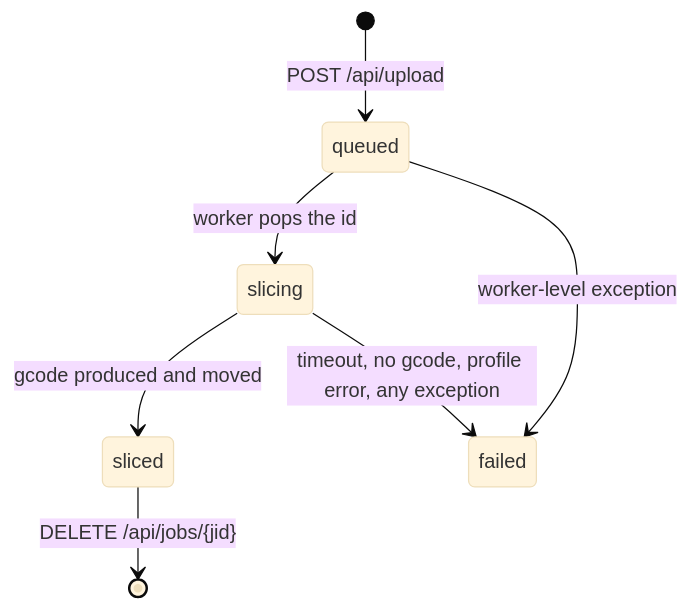
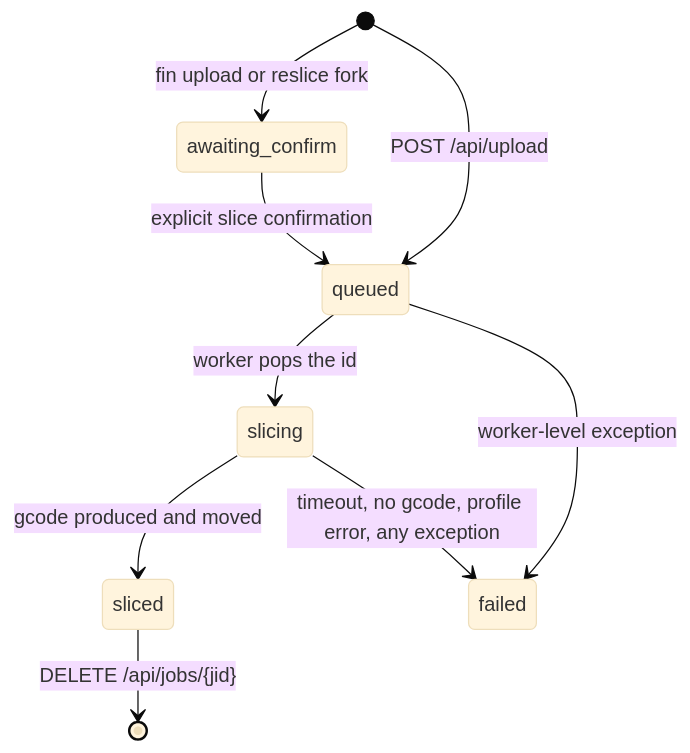
The second of 2 diagrams in docs/architecture.md (pank85/print-portal), drawn with Mermaid (base theme) before and after one commit. The commit also changed other lines of this file and 13 other files, not shown here.

````diff
--- a/docs/architecture.md
+++ b/docs/architecture.md
@@ -95,9 +95,11 @@
 ```mermaid
 stateDiagram-v2
+    [*] --> awaiting_confirm: fin upload or reslice fork
+    awaiting_confirm --> queued: explicit slice confirmation
     [*] --> queued: POST /api/upload
     queued --> slicing: worker pops the id
     slicing --> sliced: gcode produced and moved
     slicing --> failed: timeout, no gcode, profile error, any exception
     queued --> failed: worker-level exception
     sliced --> [*]: DELETE /api/jobs/{jid}
 ```
````
